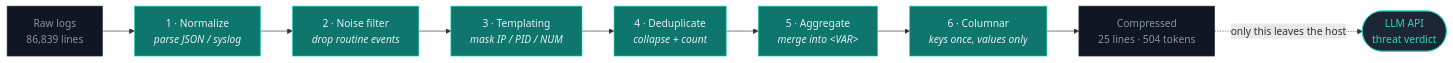
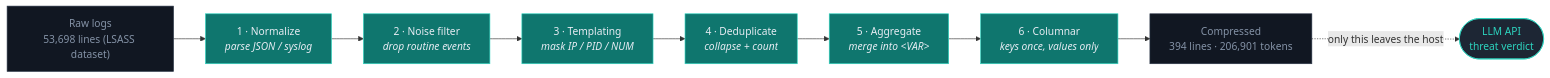
The second of 2 diagrams in README.md (DegreeJr/SLICE), drawn with Mermaid before and after one commit. The commit also changed other lines of this file, not shown here.

````diff
--- a/README.md
+++ b/README.md
@@ -177,19 +183,19 @@
 ```mermaid
 flowchart LR
-    RAW["Raw logs<br/>86,839 lines"] --> N["1 · Normalize<br/><i>parse JSON / syslog</i>"]
+    RAW["Raw logs<br/>53,698 lines (LSASS dataset)"] --> N["1 · Normalize<br/><i>parse JSON / syslog</i>"]
     N --> F["2 · Noise filter<br/><i>drop routine events</i>"]
     F --> T["3 · Templating<br/><i>mask IP / PID / NUM</i>"]
     T --> D["4 · Deduplicate<br/><i>collapse + count</i>"]
     D --> A["5 · Aggregate<br/><i>merge into &lt;VAR&gt;</i>"]
     A --> C["6 · Columnar<br/><i>keys once, values only</i>"]
-    C --> OUT["Compressed<br/>25 lines · 504 tokens"]
+    C --> OUT["Compressed<br/>394 lines · 206,901 tokens"]
 
     OUT -.->|only this leaves the host| LLM(["LLM API<br/>threat verdict"])
 
     classDef stage fill:#0f766e,stroke:#2dd4bf,color:#e7ecf3;
     classDef io fill:#111722,stroke:#2a3547,color:#8492a6;
     classDef ext fill:#1d2634,stroke:#2dd4bf,color:#2dd4bf;
     class N,F,T,D,A,C stage;
     class RAW,OUT io;
     class LLM ext;
 ```
````
